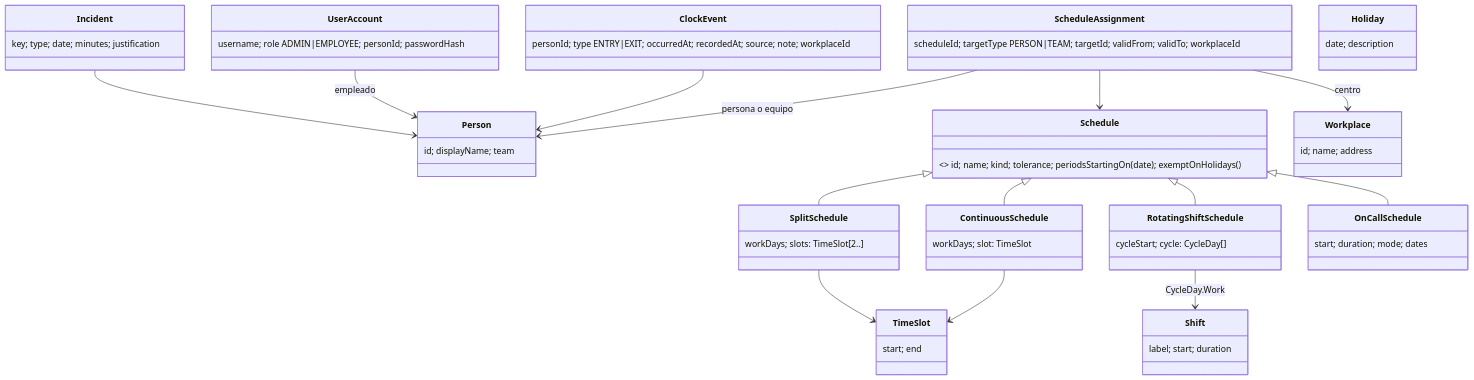
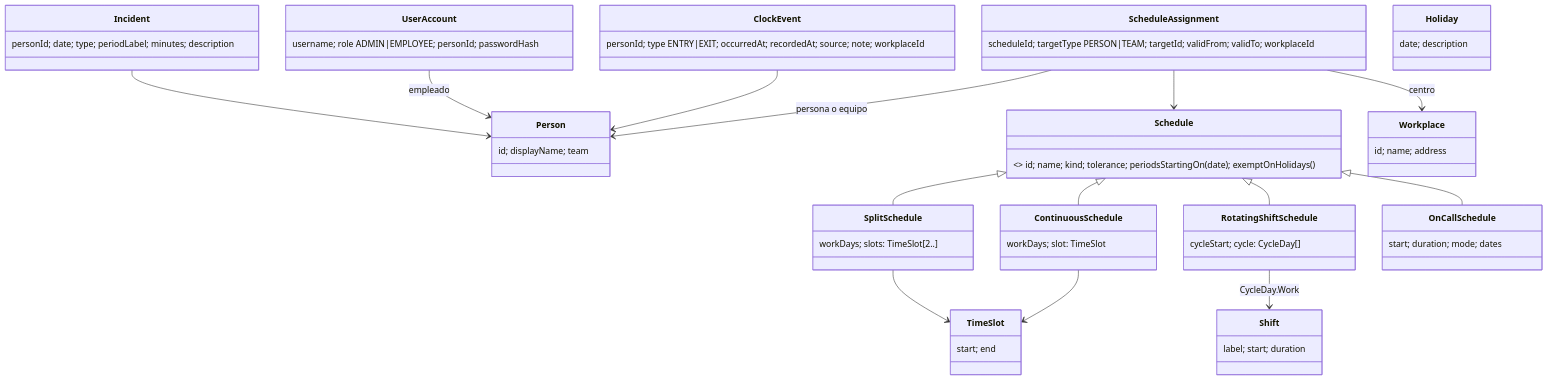
The third of 3 diagrams in README.md (Jiujitsu2816/Asistance-app), drawn with Mermaid before and after one commit. The commit also changed other lines of this file and 73 other files, not shown here.

````diff
--- a/README.md
+++ b/README.md
@@ -319,30 +321,30 @@
 ```mermaid
 classDiagram
     class Person { id; displayName; team }
     class Schedule { <<sealed>> id; name; kind; tolerance; periodsStartingOn(date); exemptOnHolidays() }
     class ContinuousSchedule { workDays; slot: TimeSlot }
     class SplitSchedule { workDays; slots: TimeSlot[2..] }
     class RotatingShiftSchedule { cycleStart; cycle: CycleDay[] }
     class OnCallSchedule { start; duration; mode; dates }
     class TimeSlot { start; end }
     class Shift { label; start; duration }
     class ScheduleAssignment { scheduleId; targetType PERSON|TEAM; targetId; validFrom; validTo; workplaceId }
     class ClockEvent { personId; type ENTRY|EXIT; occurredAt; recordedAt; source; note; workplaceId }
     class Workplace { id; name; address }
     class UserAccount { username; role ADMIN|EMPLOYEE; personId; passwordHash }
-    class Incident { key; type; date; minutes; justification }
+    class Incident { personId; date; type; periodLabel; minutes; description }
     class Holiday { date; description }
     Schedule <|-- ContinuousSchedule
     Schedule <|-- SplitSchedule
     Schedule <|-- RotatingShiftSchedule
     Schedule <|-- OnCallSchedule
     ContinuousSchedule --> TimeSlot
     SplitSchedule --> TimeSlot
     RotatingShiftSchedule --> Shift : CycleDay.Work
     ScheduleAssignment --> Schedule
     ScheduleAssignment --> Person : persona o equipo
     ClockEvent --> Person
     ScheduleAssignment --> Workplace : centro
     UserAccount --> Person : empleado
     Incident --> Person
 ```
````
